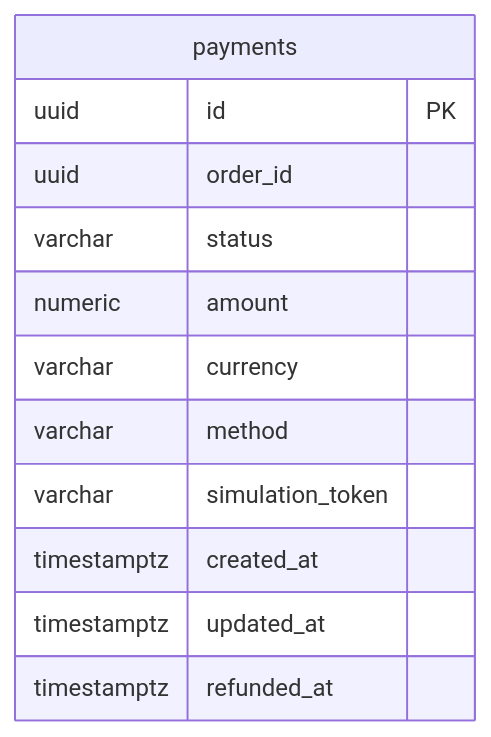
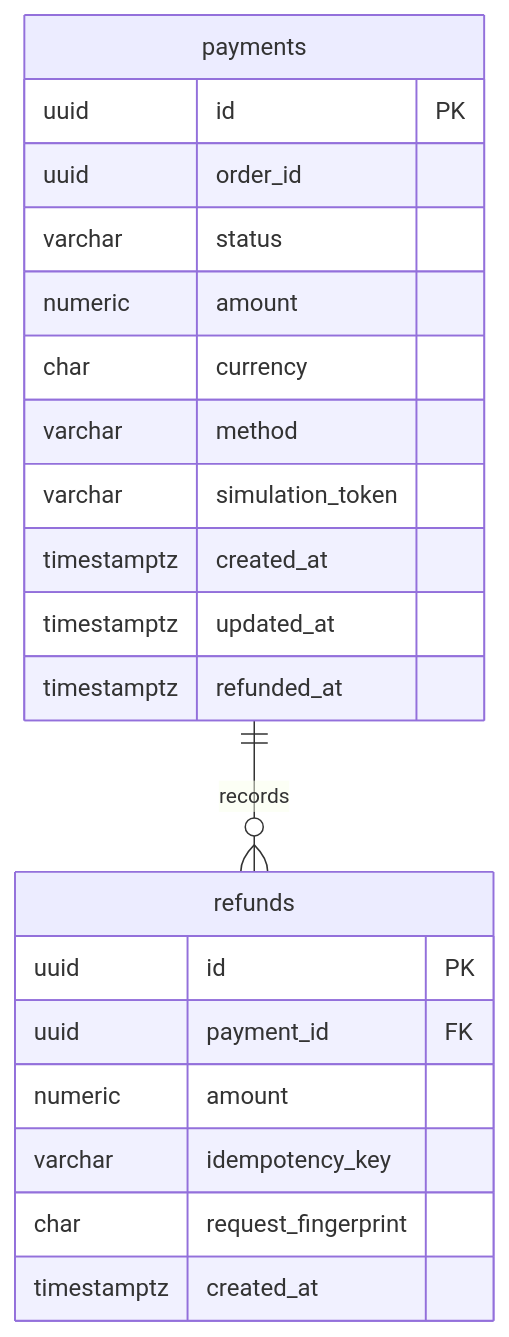
One commit to rami-bit/ArquitecturasWeb_TPE changed the eighth of 8 diagrams in ticketya/docs/architecture.md. Above: the diagram before and after it, drawn with Mermaid. The commit also changed other lines of this file and 25 other files, not shown here.

````diff
--- a/ticketya/docs/architecture.md
+++ b/ticketya/docs/architecture.md
@@ -433,15 +544,25 @@
 ```mermaid
 erDiagram
+    payments ||--o{ refunds : records
+
     payments {
         uuid id PK
         uuid order_id
         varchar status
         numeric amount
-        varchar currency
+        char currency
         varchar method
         varchar simulation_token
         timestamptz created_at
         timestamptz updated_at
         timestamptz refunded_at
     }
+    refunds {
+        uuid id PK
+        uuid payment_id FK
+        numeric amount
+        varchar idempotency_key
+        char request_fingerprint
+        timestamptz created_at
+    }
 ```
````
